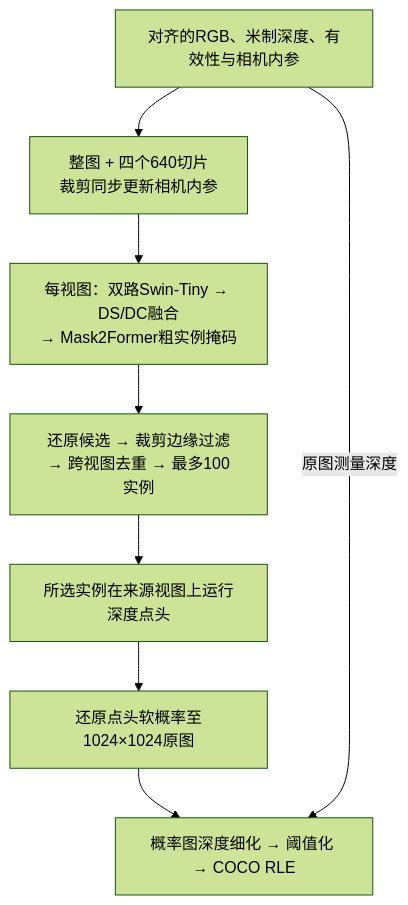
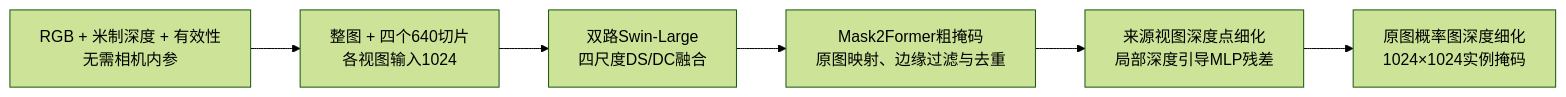
One commit to YuryLee/DPSeg changed the diagram in README.md. Above: the diagram before and after it, drawn with Mermaid (forest theme). The commit also changed other lines of this file and 83 other files, not shown here.

````diff
--- a/README.md
+++ b/README.md
@@ -90,10 +37,10 @@
 ```mermaid
-flowchart TD
-    Input["对齐的RGB、米制深度、有效性与相机内参"] --> Views["整图 + 四个640切片<br/>裁剪同步更新相机内参"]
-    Views --> Model["每视图：双路Swin-Tiny → DS/DC融合<br/>→ Mask2Former粗实例掩码"]
-    Model --> Merge["还原候选 → 裁剪边缘过滤<br/>→ 跨视图去重 → 最多100实例"]
-    Merge --> Point["所选实例在来源视图上运行深度点头"]
-    Point --> Restore["还原点头软概率至1024×1024原图"]
-    Restore --> Probability["概率图深度细化 → 阈值化 → COCO RLE"]
-    Input -->|原图测量深度| Probability
+flowchart LR
+    Input["RGB + 米制深度 + 有效性<br/>无需相机内参"]
+    Views["整图 + 四个640切片<br/>各视图输入1024"]
+    Fusion["双路Swin-Large<br/>四尺度DS/DC融合"]
+    Merge["Mask2Former粗掩码<br/>原图映射、边缘过滤与去重"]
+    Point["来源视图深度点细化<br/>局部深度引导MLP残差"]
+    Probability["原图概率图深度细化<br/>1024×1024实例掩码"]
+    Input --> Views --> Fusion --> Merge --> Point --> Probability
 ```
````
